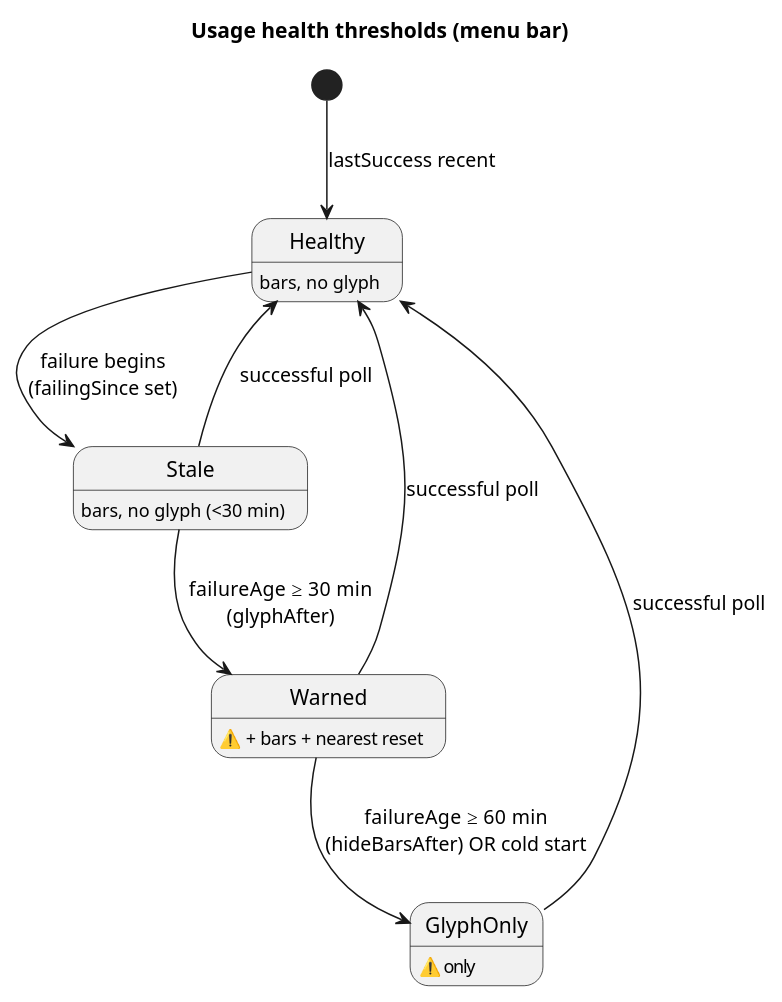
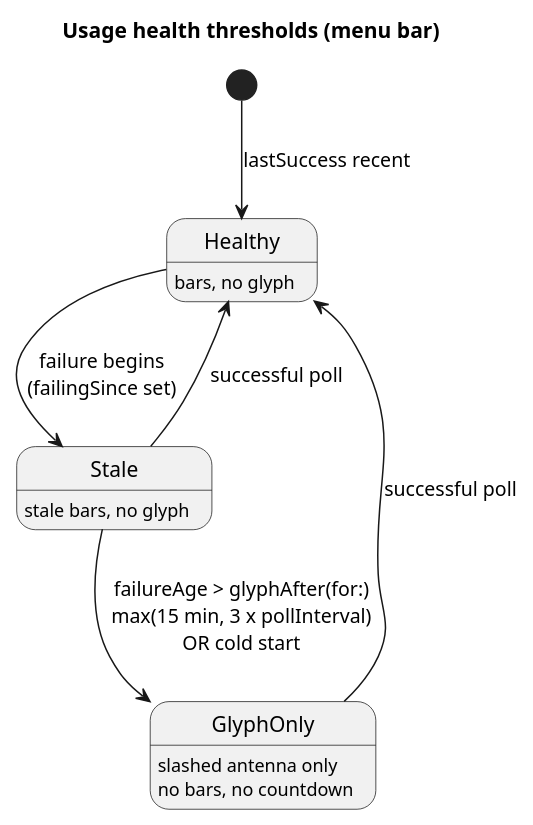
The sixth of 6 diagrams in docs/reference/architecture/data-flow.md (artem-from-ua/tokenpace), drawn with PlantUML before and after one commit. The commit also changed other lines of this file and 19 other files, not shown here.

````diff
--- a/docs/reference/architecture/data-flow.md
+++ b/docs/reference/architecture/data-flow.md
@@ -181,16 +191,13 @@
 ```plantuml
 @startuml
 title Usage health thresholds (menu bar)
 [*] --> Healthy : lastSuccess recent
 Healthy --> Stale : failure begins\n(failingSince set)
-Stale --> Warned : failureAge ≥ 30 min\n(glyphAfter)
-Warned --> GlyphOnly : failureAge ≥ 60 min\n(hideBarsAfter) OR cold start
-Warned --> Healthy : successful poll
+Stale --> GlyphOnly : failureAge > glyphAfter(for:)\nmax(15 min, 3 x pollInterval)\nOR cold start
 Stale --> Healthy : successful poll
 GlyphOnly --> Healthy : successful poll
 Healthy : bars, no glyph
-Stale : bars, no glyph (<30 min)
-Warned : ⚠️ + bars + nearest reset
-GlyphOnly : ⚠️ only
+Stale : stale bars, no glyph
+GlyphOnly : slashed antenna only\nno bars, no countdown
 @enduml
 ```
````
